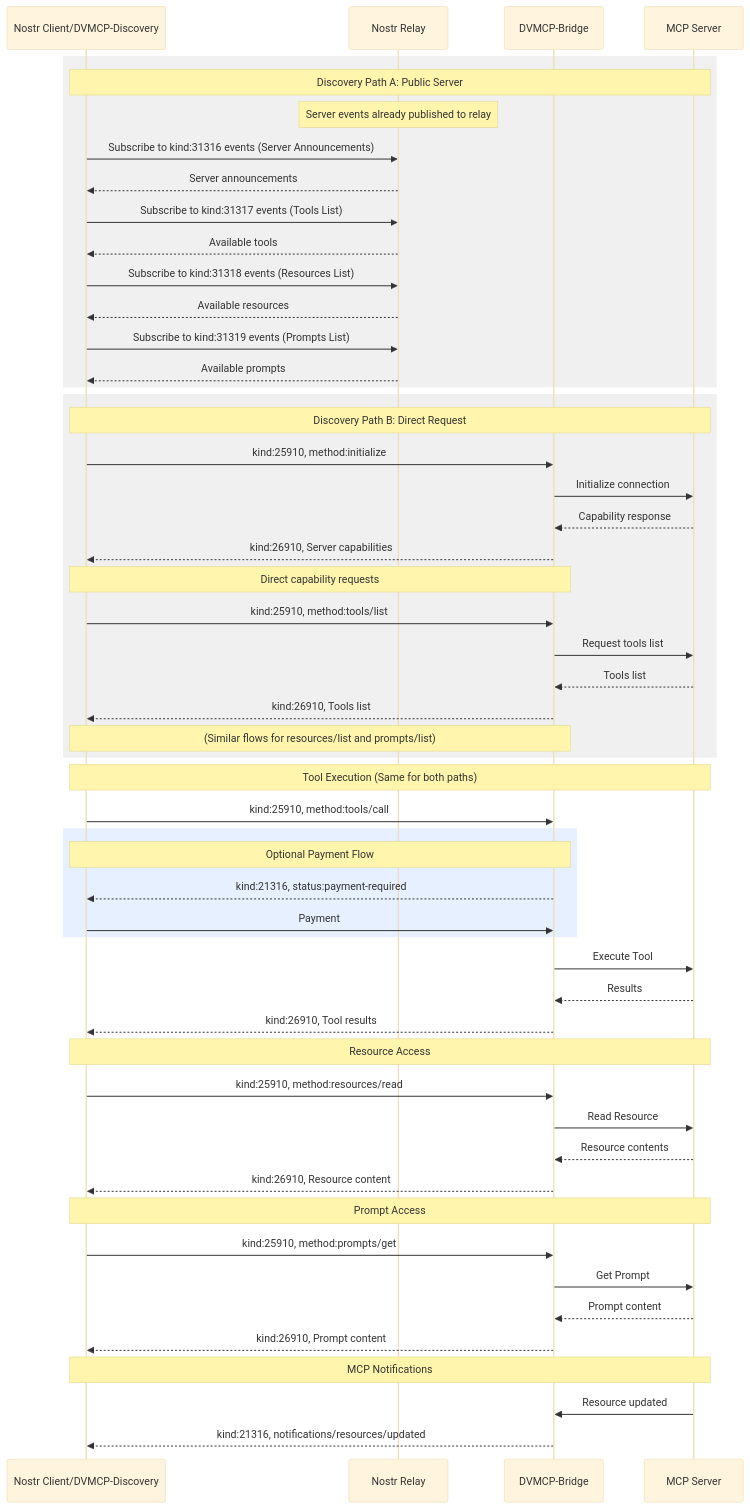
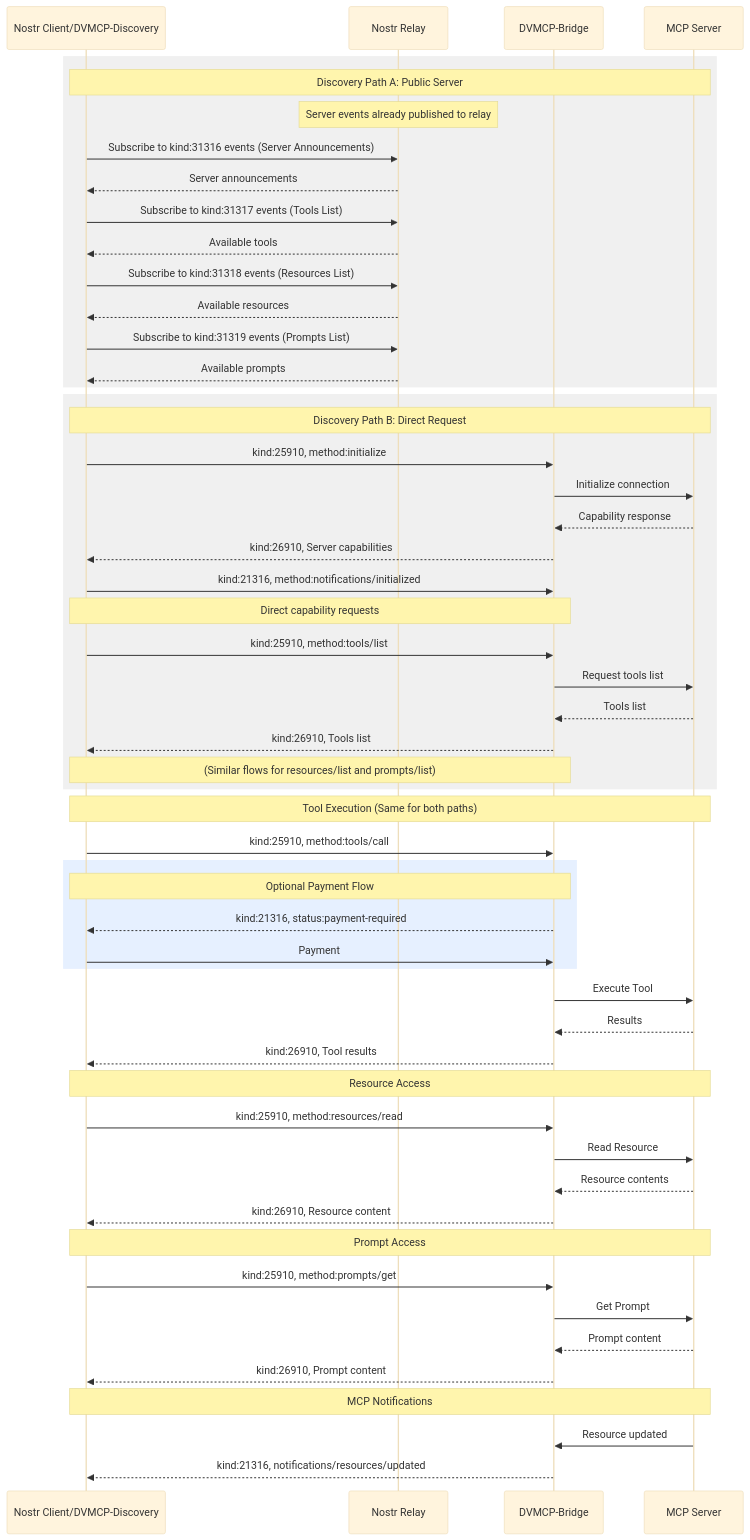
Before and after one commit to gzuuus/dvmcp: the diagram in docs/dvmcp-spec-2025-03-26.md, drawn with Mermaid (base theme). The commit also changed other lines of this file, not shown here.

Commit message:
docs: update DVMCP spec with initialization flow and server discovery changes

````diff
--- a/docs/dvmcp-spec-2025-03-26.md
+++ b/docs/dvmcp-spec-2025-03-26.md
@@ -757,66 +760,67 @@
 ```mermaid
 sequenceDiagram
     participant Client as Nostr Client/DVMCP-Discovery
     participant Relay as Nostr Relay
     participant DVM as DVMCP-Bridge
     participant Server as MCP Server
 
     rect rgb(240, 240, 240)
         Note over Client,Server: Discovery Path A: Public Server
         Note over Relay: Server events already published to relay
         
         Client->>Relay: Subscribe to kind:31316 events (Server Announcements)
         Relay-->>Client: Server announcements
         Client->>Relay: Subscribe to kind:31317 events (Tools List)
         Relay-->>Client: Available tools
         Client->>Relay: Subscribe to kind:31318 events (Resources List)
         Relay-->>Client: Available resources
         Client->>Relay: Subscribe to kind:31319 events (Prompts List)
         Relay-->>Client: Available prompts
     end
 
     rect rgb(240, 240, 240)
         Note over Client,Server: Discovery Path B: Direct Request
         Client->>DVM: kind:25910, method:initialize
         DVM->>Server: Initialize connection
         Server-->>DVM: Capability response
         DVM-->>Client: kind:26910, Server capabilities
+        Client->>DVM: kind:21316, method:notifications/initialized
         
         Note over Client,DVM: Direct capability requests
         Client->>DVM: kind:25910, method:tools/list
         DVM->>Server: Request tools list
         Server-->>DVM: Tools list
         DVM-->>Client: kind:26910, Tools list
         
         Note over Client,DVM: (Similar flows for resources/list and prompts/list)
     end
 
     Note over Client,Server: Tool Execution (Same for both paths)
     Client->>DVM: kind:25910, method:tools/call
     
     rect rgb(230, 240, 255)
         Note over Client,DVM: Optional Payment Flow
         DVM-->>Client: kind:21316, status:payment-required
         Client->>DVM: Payment
     end
     
     DVM->>Server: Execute Tool
     Server-->>DVM: Results
     DVM-->>Client: kind:26910, Tool results
 
     Note over Client,Server: Resource Access
     Client->>DVM: kind:25910, method:resources/read
     DVM->>Server: Read Resource
     Server-->>DVM: Resource contents
     DVM-->>Client: kind:26910, Resource content
 
     Note over Client,Server: Prompt Access
     Client->>DVM: kind:25910, method:prompts/get
     DVM->>Server: Get Prompt
     Server-->>DVM: Prompt content
     DVM-->>Client: kind:26910, Prompt content
 
     Note over Client,Server: MCP Notifications
     Server->>DVM: Resource updated
     DVM-->>Client: kind:21316, notifications/resources/updated
 ```
````
